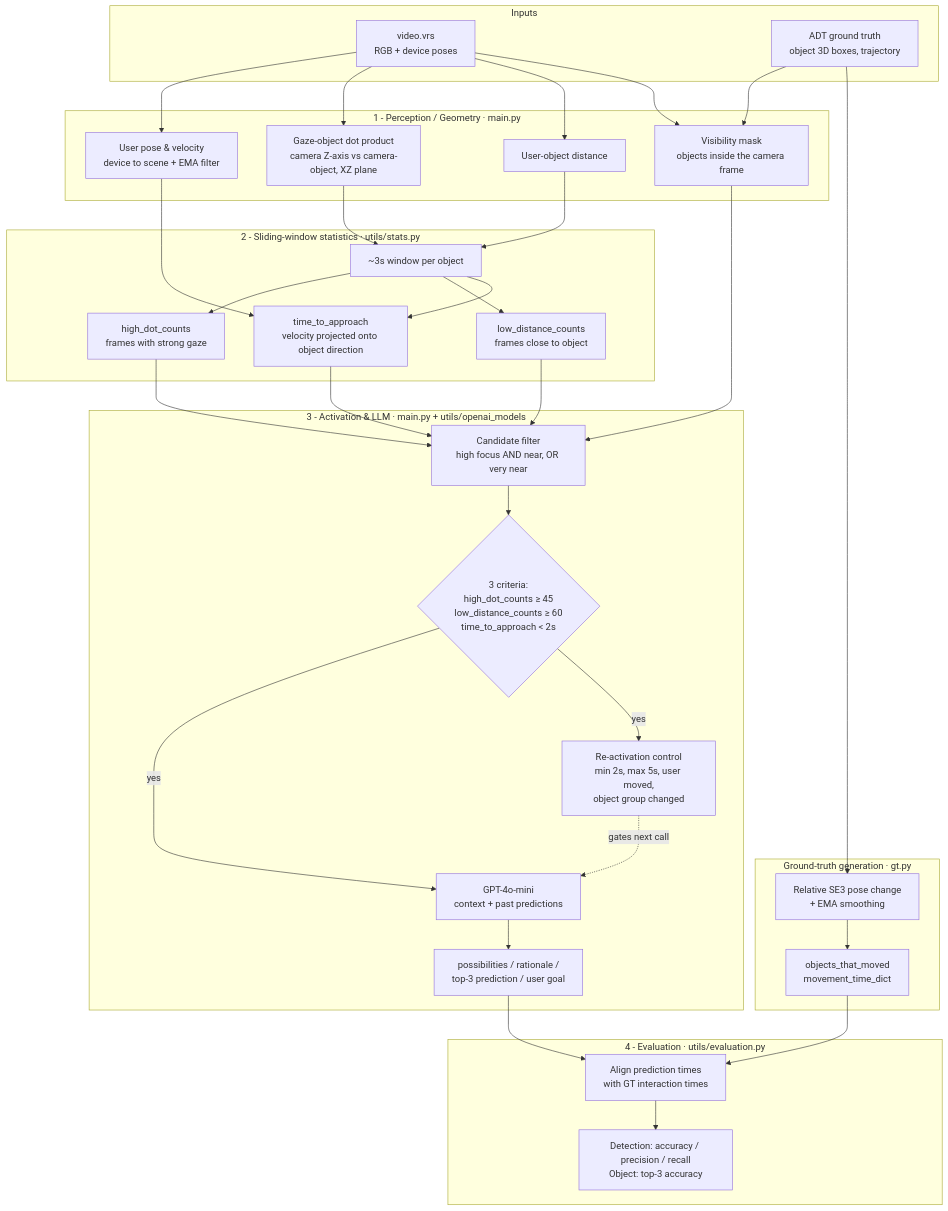
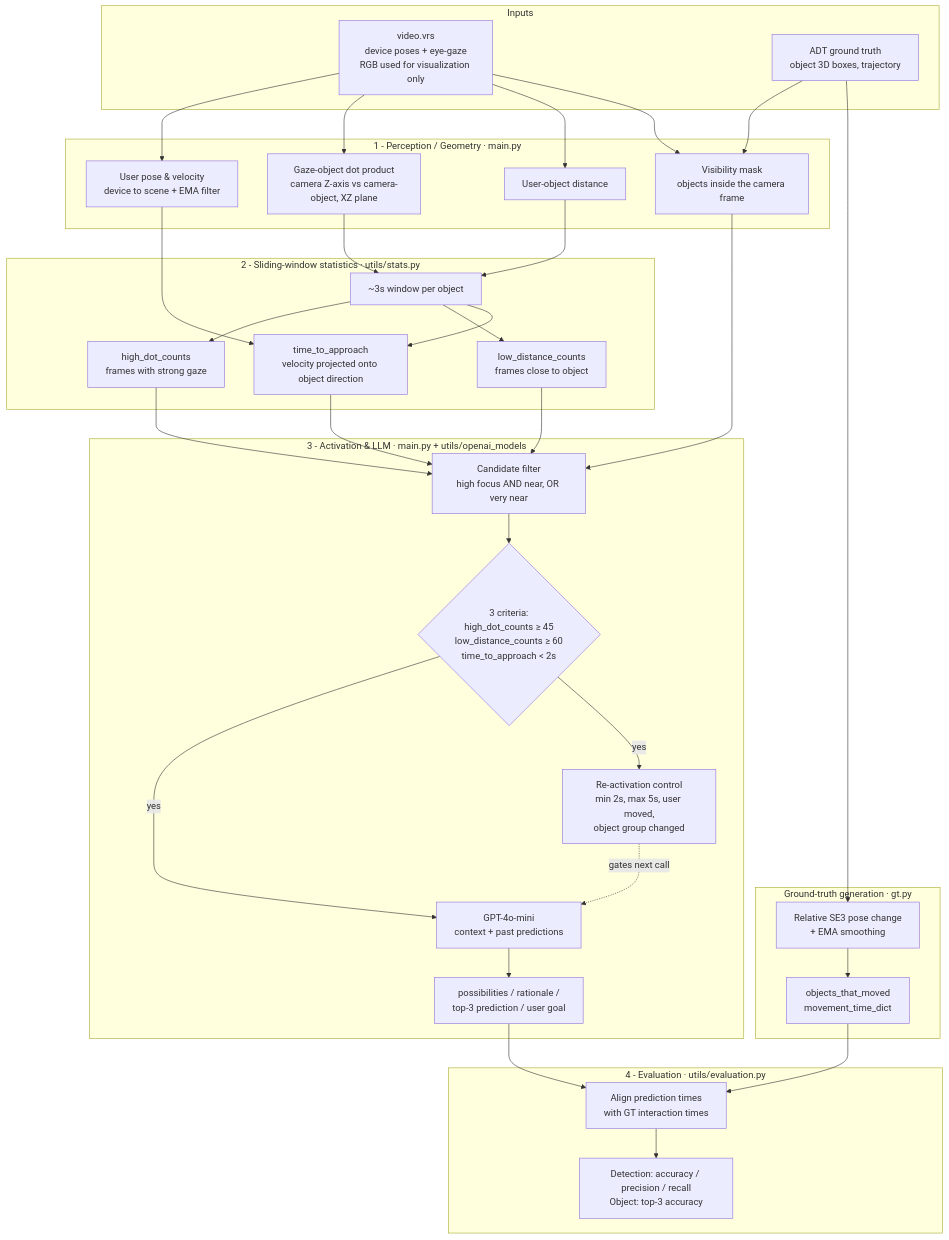
The diagram in docs/architecture.md (PetrosPoly/next-active-object-anticipation), drawn with Mermaid before and after one commit. The commit also changed other lines of this file and 1 other file, not shown here.

First line of the commit message:
docs: state explicitly that prediction uses no RGB pixels (privacy-by-design)

````diff
--- a/docs/architecture.md
+++ b/docs/architecture.md
@@ -8,54 +8,54 @@
 ```mermaid
 flowchart TD
     subgraph IN[Inputs]
-        VRS[video.vrs<br/>RGB + device poses]
+        VRS[video.vrs<br/>device poses + eye-gaze<br/>RGB used for visualization only]
         GT[ADT ground truth<br/>object 3D boxes, trajectory]
     end
 
     subgraph PERC[1 - Perception / Geometry · main.py]
         POSE[User pose & velocity<br/>device to scene + EMA filter]
         GAZE[Gaze-object dot product<br/>camera Z-axis vs camera-object, XZ plane]
         DIST[User-object distance]
         VIS[Visibility mask<br/>objects inside the camera frame]
     end
 
     subgraph STAT[2 - Sliding-window statistics · utils/stats.py]
         WIN[~3s window per object]
         HD[high_dot_counts<br/>frames with strong gaze]
         LD[low_distance_counts<br/>frames close to object]
         TTA[time_to_approach<br/>velocity projected onto object direction]
     end
 
     subgraph ACT[3 - Activation & LLM · main.py + utils/openai_models]
         FILT[Candidate filter<br/>high focus AND near, OR very near]
         CRIT{3 criteria:<br/>high_dot_counts ≥ 45<br/>low_distance_counts ≥ 60<br/>time_to_approach < 2s}
         LLM[GPT-4o-mini<br/>context + past predictions]
         OUT[possibilities / rationale /<br/>top-3 prediction / user goal]
         REACT[Re-activation control<br/>min 2s, max 5s, user moved,<br/>object group changed]
     end
 
     subgraph GTGEN[Ground-truth generation · gt.py]
         MOVE[Relative SE3 pose change<br/>+ EMA smoothing]
         MOVED[objects_that_moved<br/>movement_time_dict]
     end
 
     subgraph EVAL[4 - Evaluation · utils/evaluation.py]
         ALIGN[Align prediction times<br/>with GT interaction times]
         MET[Detection: accuracy / precision / recall<br/>Object: top-3 accuracy]
     end
 
     VRS --> POSE & GAZE & DIST & VIS
     GT --> VIS & MOVE
     POSE --> TTA
     GAZE --> WIN
     DIST --> WIN
     VIS --> FILT
     WIN --> HD & LD & TTA
     HD & LD & TTA --> FILT --> CRIT
     CRIT -- yes --> LLM --> OUT
     CRIT -- yes --> REACT
     REACT -.->|gates next call| LLM
     MOVE --> MOVED
     OUT --> ALIGN
     MOVED --> ALIGN --> MET
 ```
````
